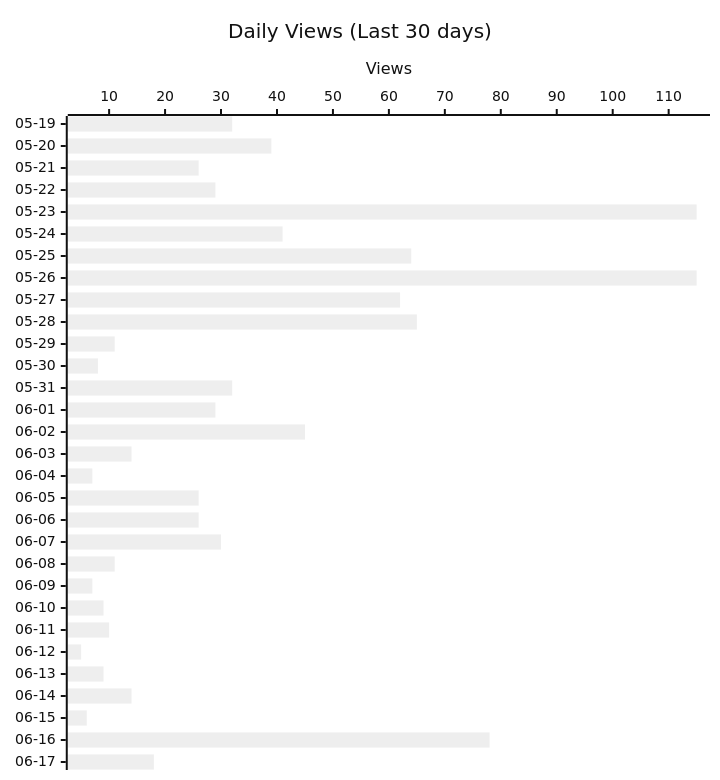
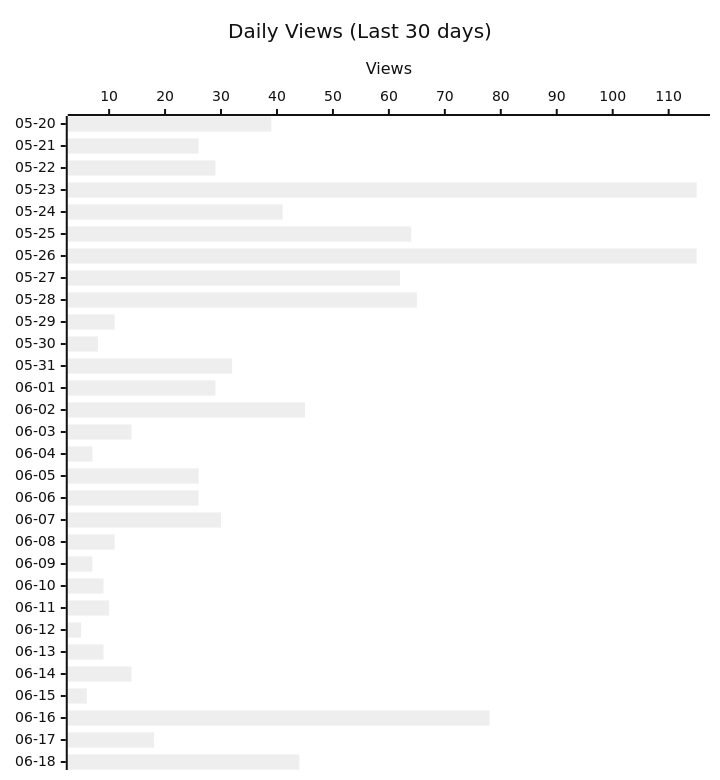
One commit to shigechika/github-insights changed the second of 3 diagrams in README.md. Above: the diagram before and after it, drawn with Mermaid (neutral theme). The commit also changed other lines of this file and 2 other files, not shown here.

````diff
--- a/README.md
+++ b/README.md
@@ -28,12 +28,12 @@
 ```mermaid
 ---
 config:
   xyChart:
     height: 760
 ---
 xychart-beta horizontal
     title "Daily Views (Last 30 days)"
-    x-axis ["05-19", "05-20", "05-21", "05-22", "05-23", "05-24", "05-25", "05-26", "05-27", "05-28", "05-29", "05-30", "05-31", "06-01", "06-02", "06-03", "06-04", "06-05", "06-06", "06-07", "06-08", "06-09", "06-10", "06-11", "06-12", "06-13", "06-14", "06-15", "06-16", "06-17"]
+    x-axis ["05-20", "05-21", "05-22", "05-23", "05-24", "05-25", "05-26", "05-27", "05-28", "05-29", "05-30", "05-31", "06-01", "06-02", "06-03", "06-04", "06-05", "06-06", "06-07", "06-08", "06-09", "06-10", "06-11", "06-12", "06-13", "06-14", "06-15", "06-16", "06-17", "06-18"]
     y-axis "Views"
-    bar [32, 39, 26, 29, 115, 41, 64, 115, 62, 65, 11, 8, 32, 29, 45, 14, 7, 26, 26, 30, 11, 7, 9, 10, 5, 9, 14, 6, 78, 18]
+    bar [39, 26, 29, 115, 41, 64, 115, 62, 65, 11, 8, 32, 29, 45, 14, 7, 26, 26, 30, 11, 7, 9, 10, 5, 9, 14, 6, 78, 18, 44]
 ```
````
